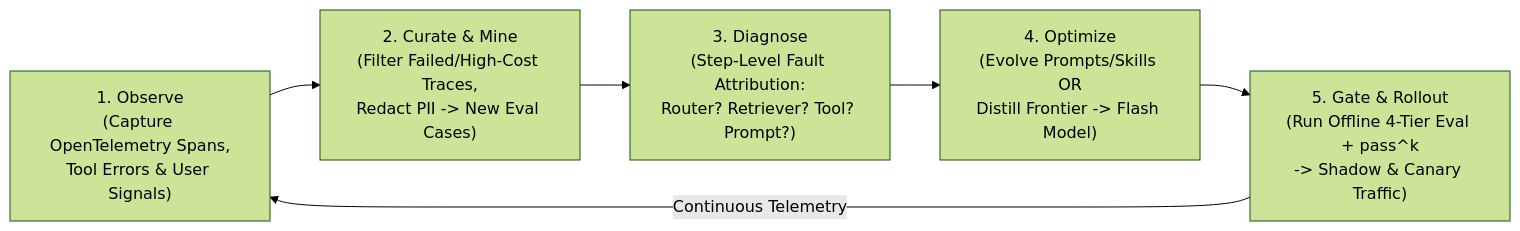
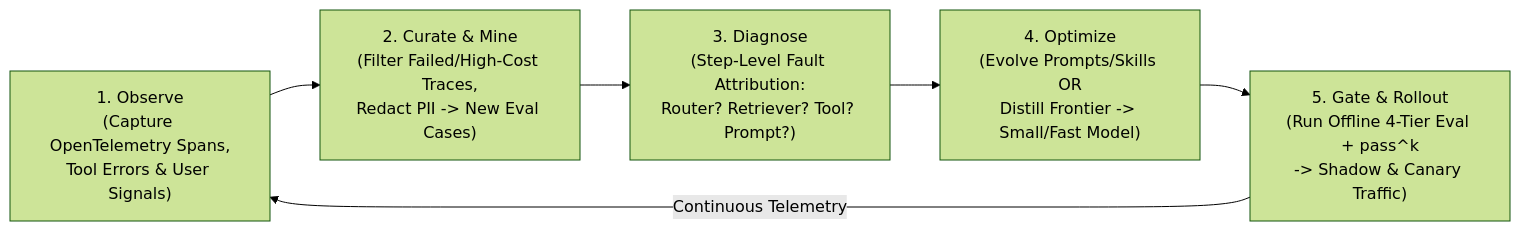
Before and after one commit to Rajdipc/agentic-ai-orchestration-patterns: the first of 2 diagrams in chapter-16-agent-quality-flywheel-and-distillation.md, drawn with Mermaid (forest theme). The commit also changed other lines of this file and 18 other files, not shown here.

````diff
--- a/chapter-16-agent-quality-flywheel-and-distillation.md
+++ b/chapter-16-agent-quality-flywheel-and-distillation.md
@@ -23,8 +23,8 @@
 ```mermaid
 flowchart LR
     S1["1. Observe<br/>(Capture OpenTelemetry Spans,<br/>Tool Errors & User Signals)"] --> S2["2. Curate & Mine<br/>(Filter Failed/High-Cost Traces,<br/>Redact PII -> New Eval Cases)"]
     S2 --> S3["3. Diagnose<br/>(Step-Level Fault Attribution:<br/>Router? Retriever? Tool? Prompt?)"]
-    S3 --> S4["4. Optimize<br/>(Evolve Prompts/Skills OR<br/>Distill Frontier -> Flash Model)"]
+    S3 --> S4["4. Optimize<br/>(Evolve Prompts/Skills OR<br/>Distill Frontier -> Small/Fast Model)"]
     S4 --> S5["5. Gate & Rollout<br/>(Run Offline 4-Tier Eval + pass^k<br/>-> Shadow & Canary Traffic)"]
     S5 -- "Continuous Telemetry" --> S1
 ```
````
